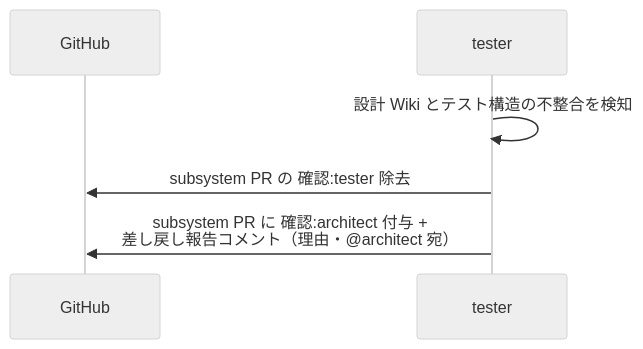
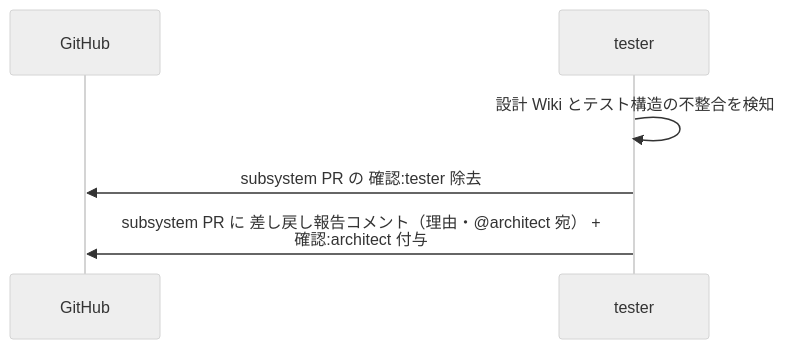
The third of 3 diagrams in docs/wiki/設計図/シナリオ/単一ユースケース/テスト作成.md (shuhei1101/ai-monitor), drawn with Mermaid (neutral theme) before and after one commit. The commit also changed other lines of this file and 29 other files, not shown here.

````diff
--- a/docs/wiki/設計図/シナリオ/単一ユースケース/テスト作成.md
+++ b/docs/wiki/設計図/シナリオ/単一ユースケース/テスト作成.md
@@ -120,9 +120,9 @@
 ```mermaid
 sequenceDiagram
   participant GH as GitHub
   participant MON as tester
 
   MON->>MON: 設計 Wiki とテスト構造の不整合を検知
   MON->>GH: subsystem PR の 確認:tester 除去
-  MON->>GH: subsystem PR に 確認:architect 付与 +<br>差し戻し報告コメント（理由・@architect 宛）
+  MON->>GH: subsystem PR に 差し戻し報告コメント（理由・@architect 宛） +<br>確認:architect 付与
 ```
````
